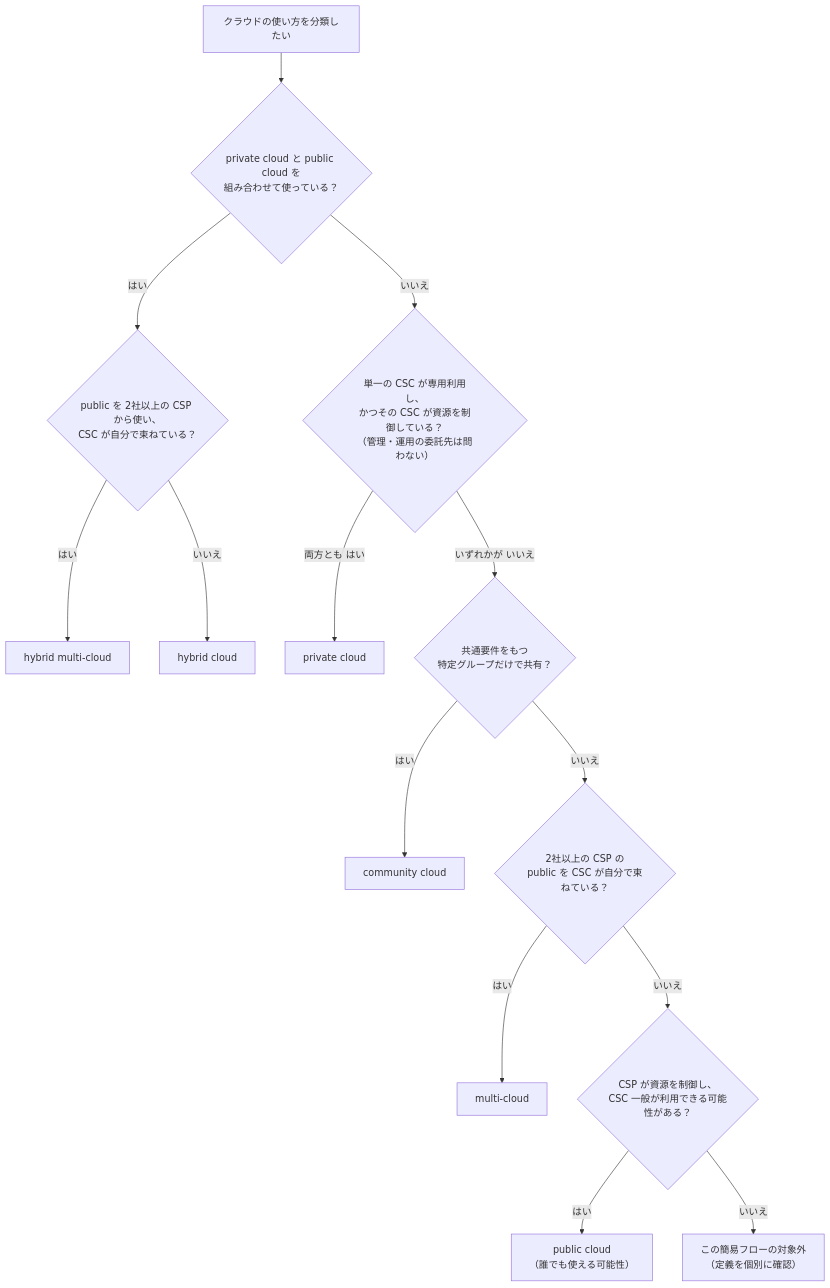
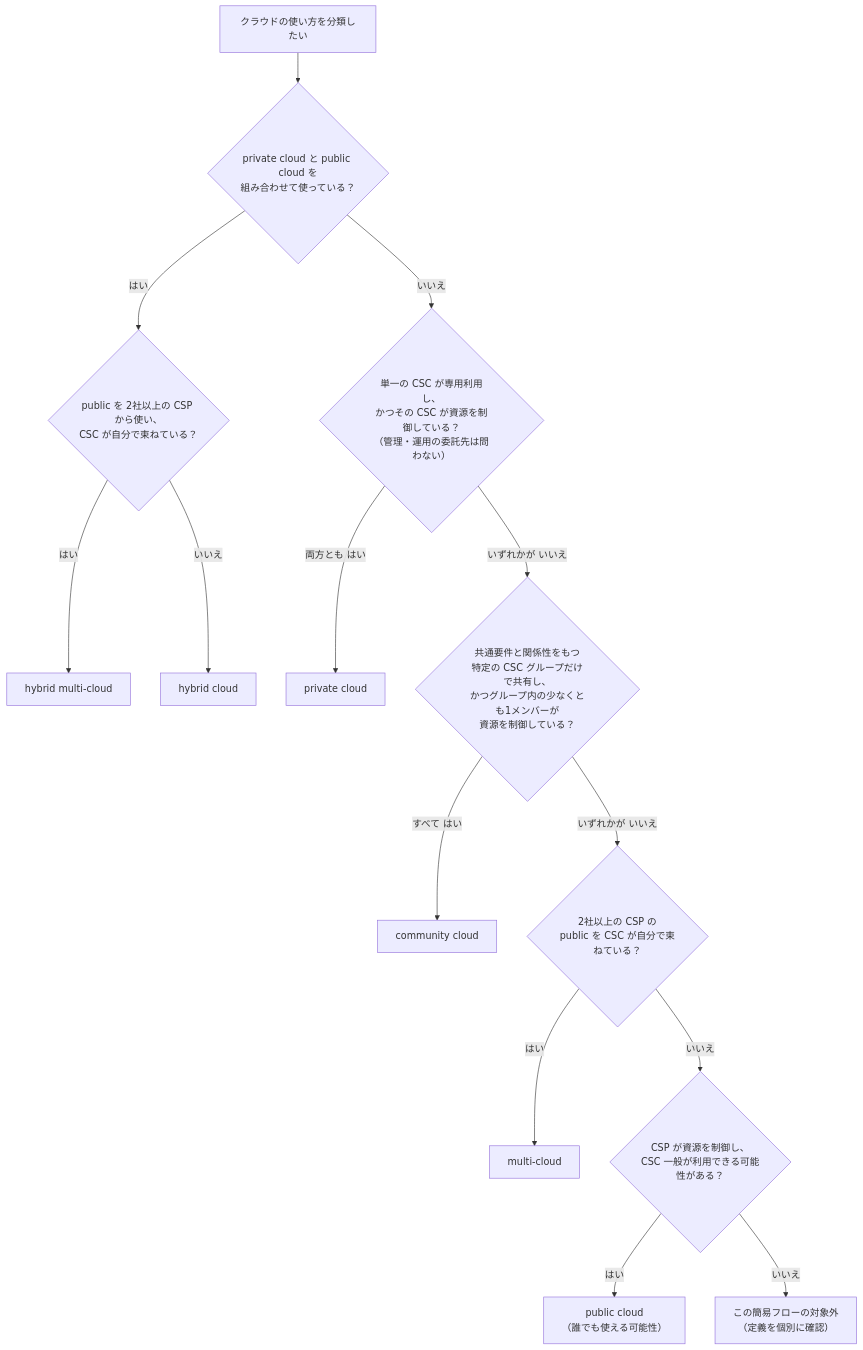
Before and after one commit to myoshi2891/Cloud-Infrastructure-and-Network-Studies: the fifth of 15 diagrams in Iso-iec-22123-1-2023-guide.md, drawn with Mermaid.

Commit message:
docs(iso22123): clarify community cloud criteria in deployment model flowchart

````diff
--- a/Iso-iec-22123-1-2023-guide.md
+++ b/Iso-iec-22123-1-2023-guide.md
@@ -226,16 +226,16 @@
 ```mermaid
 flowchart TD
     S["クラウドの使い方を分類したい"] --> Q0{"private cloud と public cloud を<br/>組み合わせて使っている？"}
     Q0 -->|"はい"| Q5{"public を 2社以上の CSP から使い、<br/>CSC が自分で束ねている？"}
     Q5 -->|"はい"| HMC["hybrid multi-cloud"]
     Q5 -->|"いいえ"| HYB["hybrid cloud"]
     Q0 -->|"いいえ"| Q1{"単一の CSC が専用利用し、<br/>かつその CSC が資源を制御している？<br/>（管理・運用の委託先は問わない）"}
     Q1 -->|"両方とも はい"| PRI["private cloud"]
-    Q1 -->|"いずれかが いいえ"| Q2{"共通要件をもつ<br/>特定グループだけで共有？"}
-    Q2 -->|"はい"| COM["community cloud"]
-    Q2 -->|"いいえ"| Q4{"2社以上の CSP の<br/>public を CSC が自分で束ねている？"}
+    Q1 -->|"いずれかが いいえ"| Q2{"共通要件と関係性をもつ<br/>特定の CSC グループだけで共有し、<br/>かつグループ内の少なくとも1メンバーが<br/>資源を制御している？"}
+    Q2 -->|"すべて はい"| COM["community cloud"]
+    Q2 -->|"いずれかが いいえ"| Q4{"2社以上の CSP の<br/>public を CSC が自分で束ねている？"}
     Q4 -->|"はい"| MUL["multi-cloud"]
     Q4 -->|"いいえ"| Q6{"CSP が資源を制御し、<br/>CSC 一般が利用できる可能性がある？"}
     Q6 -->|"はい"| PUB["public cloud<br/>（誰でも使える可能性）"]
     Q6 -->|"いいえ"| OOS["この簡易フローの対象外<br/>（定義を個別に確認）"]
 ```
````
